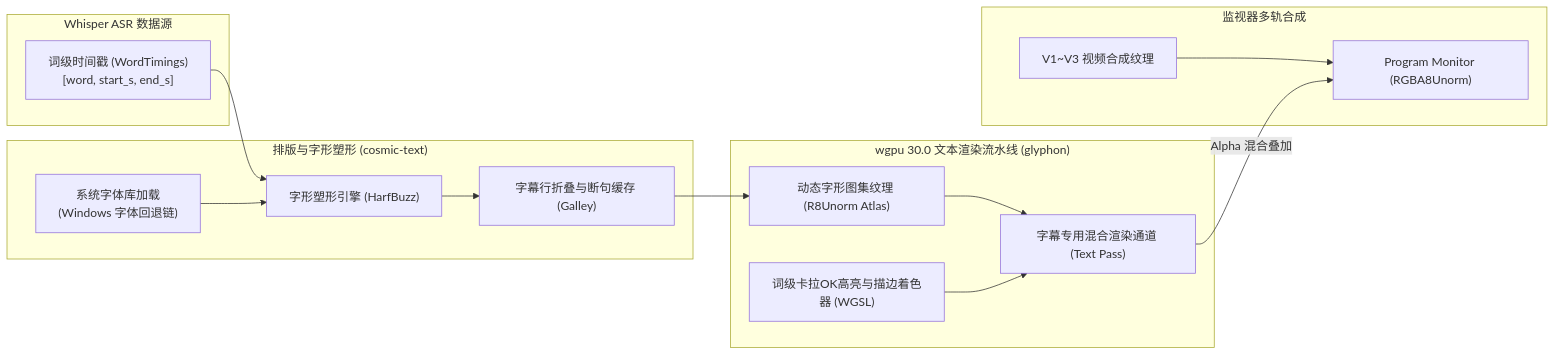
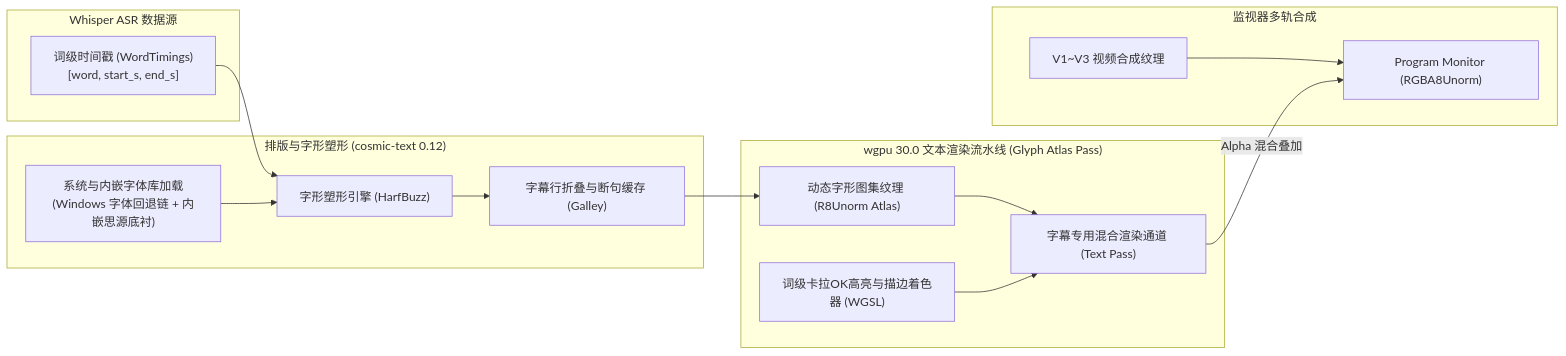
The diagram in docs/subtitle-render-spec.md (qiuku2022/ClipFlow), drawn with Mermaid before and after one commit. The commit also changed other lines of this file and 10 other files, not shown here.

First line of the commit message:
docs: 规范化全量开发文档并对齐路线图里程碑

````diff
--- a/docs/subtitle-render-spec.md
+++ b/docs/subtitle-render-spec.md
@@ -14,32 +14,32 @@
 ```mermaid
 flowchart LR
     subgraph ASR_Domain ["Whisper ASR 数据源"]
         WordTimings["词级时间戳 (WordTimings)\n[word, start_s, end_s]"]
     end
 
-    subgraph Text_Layout ["排版与字形塑形 (cosmic-text)"]
-        FontSystem["系统字体库加载\n(Windows 字体回退链)"]
+    subgraph Text_Layout ["排版与字形塑形 (cosmic-text 0.12)"]
+        FontSystem["系统与内嵌字体库加载\n(Windows 字体回退链 + 内嵌思源底衬)"]
         Shaper["字形塑形引擎 (HarfBuzz)"]
         LayoutCache["字幕行折叠与断句缓存 (Galley)"]
         WordTimings --> Shaper
         FontSystem --> Shaper --> LayoutCache
     end
 
-    subgraph GPU_Pipeline ["wgpu 30.0 文本渲染流水线 (glyphon)"]
+    subgraph GPU_Pipeline ["wgpu 30.0 文本渲染流水线 (Glyph Atlas Pass)"]
         GlyphAtlas["动态字形图集纹理 (R8Unorm Atlas)"]
         TextPipeline["字幕专用混合渲染通道 (Text Pass)"]
         KaraokeShader["词级卡拉OK高亮与描边着色器 (WGSL)"]
         
         LayoutCache --> GlyphAtlas
         GlyphAtlas --> TextPipeline
         KaraokeShader --> TextPipeline
     end
 
     subgraph Monitor_Compositing ["监视器多轨合成"]
         VideoTexture["V1~V3 视频合成纹理"]
         FinalMonitor["Program Monitor (RGBA8Unorm)"]
         
         VideoTexture --> FinalMonitor
         TextPipeline -->|Alpha 混合叠加| FinalMonitor
     end
 ```
````
